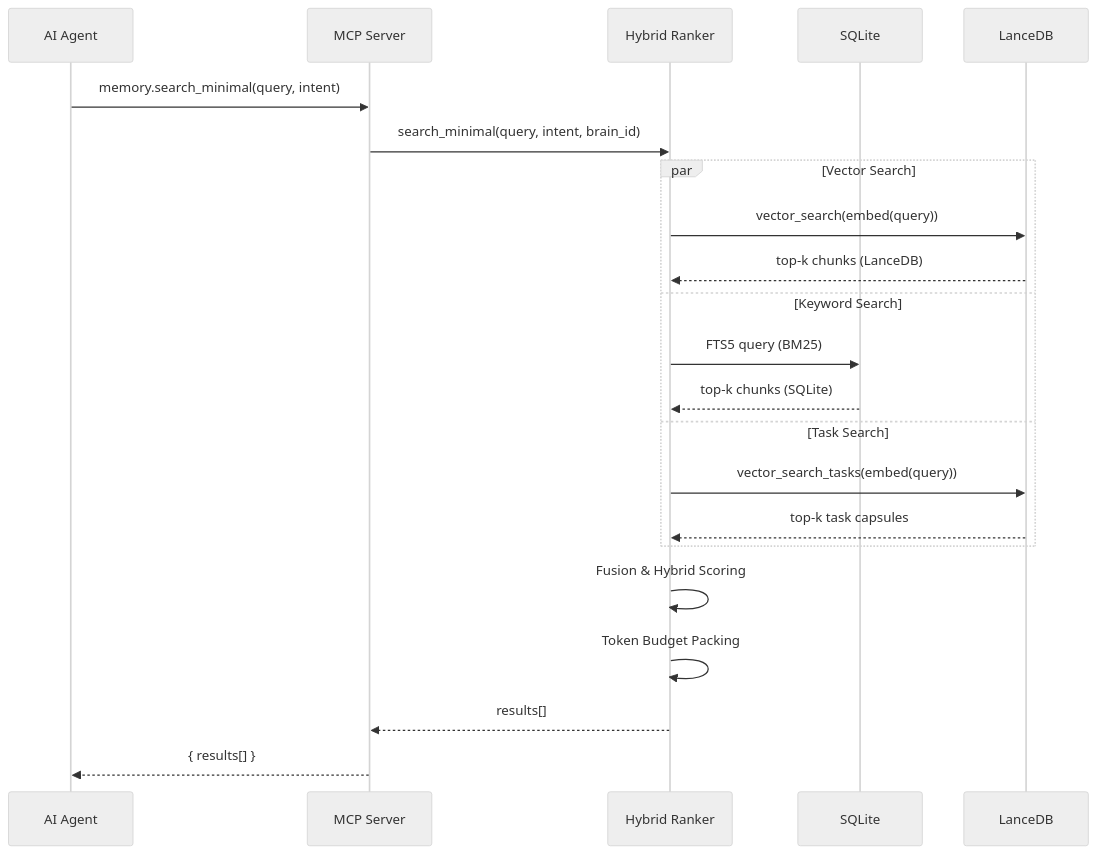
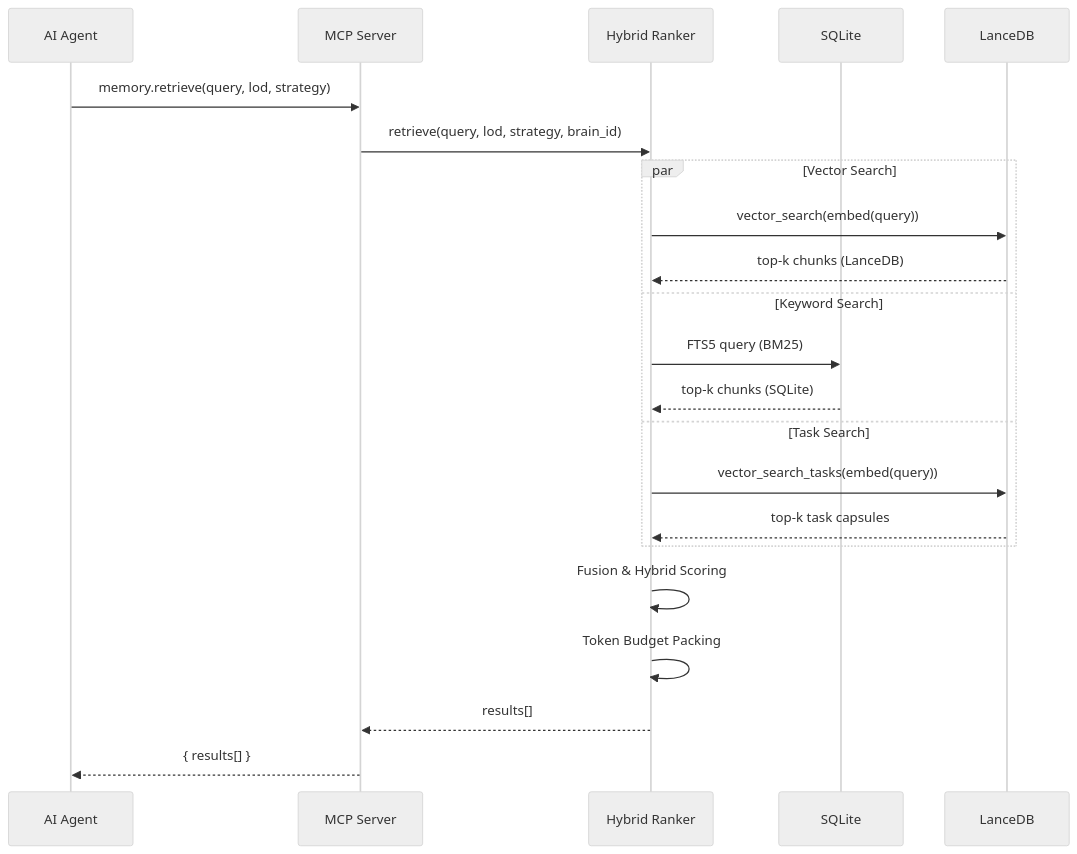
One commit to benediktms/brain changed the fourth of 4 diagrams in docs/ARCHITECTURE.md. Above: the diagram before and after it, drawn with Mermaid (neutral theme). The commit also changed other lines of this file and 27 other files, not shown here.

First line of the commit message:
refactor(retrieve): remove legacy search_minimal and expand tools (#97)

````diff
--- a/docs/ARCHITECTURE.md
+++ b/docs/ARCHITECTURE.md
@@ -209,27 +208,27 @@
 ```mermaid
 sequenceDiagram
     participant Agent as AI Agent
     participant MCP as MCP Server
     participant HR as Hybrid Ranker
     participant DB as SQLite
     participant Vec as LanceDB
 
-    Agent->>MCP: memory.search_minimal(query, intent)
-    MCP->>HR: search_minimal(query, intent, brain_id)
+    Agent->>MCP: memory.retrieve(query, lod, strategy)
+    MCP->>HR: retrieve(query, lod, strategy, brain_id)
     
     par Vector Search
         HR->>Vec: vector_search(embed(query))
         Vec-->>HR: top-k chunks (LanceDB)
     and Keyword Search
         HR->>DB: FTS5 query (BM25)
         DB-->>HR: top-k chunks (SQLite)
     and Task Search
         HR->>Vec: vector_search_tasks(embed(query))
         Vec-->>HR: top-k task capsules
     end
 
     HR->>HR: Fusion & Hybrid Scoring
     HR->>HR: Token Budget Packing
     HR-->>MCP: results[]
     MCP-->>Agent: { results[] }
 ```
````
